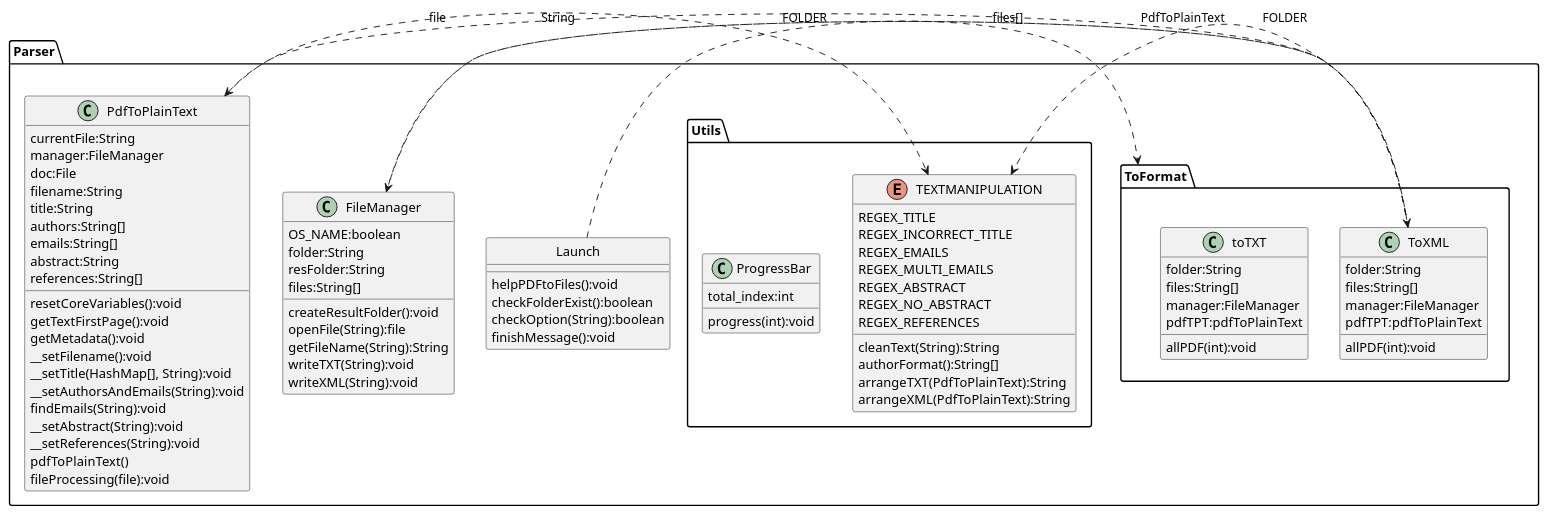
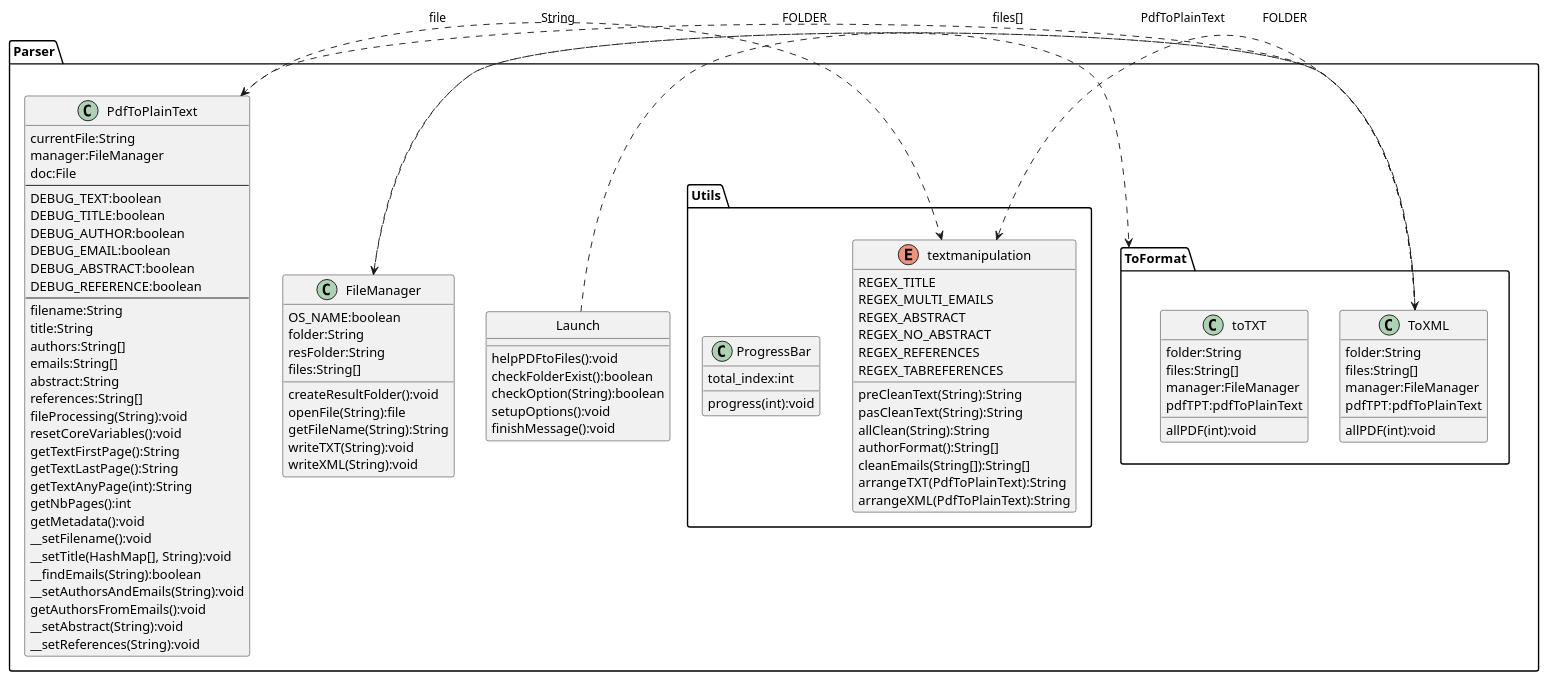
One commit to guilhemmazoyer/Parseur_lbgl changed the diagram in docs/Sprint3_parser.puml. Above: the diagram before and after it, drawn with PlantUML. The commit also changed 2 other files, not shown here.

Commit message:
update de l'uml

```diff
--- a/docs/Sprint3_parser.puml
+++ b/docs/Sprint3_parser.puml
@@ -1,95 +1,109 @@
 @startuml Parser
 
 package Parser {
 	class Launch {
 		helpPDFtoFiles():void
 		checkFolderExist():boolean
 		checkOption(String):boolean
+		setupOptions():void
 		finishMessage():void
 	}
 
 	class PdfToPlainText {
 		currentFile:String
 		manager:FileManager
 		doc:File
+		---
+		DEBUG_TEXT:boolean
+		DEBUG_TITLE:boolean
+		DEBUG_AUTHOR:boolean
+		DEBUG_EMAIL:boolean
+		DEBUG_ABSTRACT:boolean
+		DEBUG_REFERENCE:boolean
+		---
 		filename:String
 		title:String
 		authors:String[]
 		emails:String[]
 		abstract:String
 		references:String[]
+		fileProcessing(String):void
 		resetCoreVariables():void
-		getTextFirstPage():void
+		getTextFirstPage():String
+		getTextLastPage():String
+		getTextAnyPage(int):String
+		getNbPages():int
 		getMetadata():void
 		__setFilename():void
 		__setTitle(HashMap[], String):void
+		__findEmails(String):boolean
 		__setAuthorsAndEmails(String):void
-		findEmails(String):void
+		getAuthorsFromEmails():void
 		__setAbstract(String):void
 		__setReferences(String):void
-		pdfToPlainText()
-		fileProcessing(file):void
 	}
 
 	class FileManager {
 		OS_NAME:boolean
 		folder:String
 		resFolder:String
 		files:String[]
 		createResultFolder():void
 		openFile(String):file
 		getFileName(String):String
 		writeTXT(String):void
 		writeXML(String):void
 	}
 
 	package ToFormat {
 		class toTXT{
 			folder:String
 			files:String[]
 			manager:FileManager
 			pdfTPT:pdfToPlainText
 			allPDF(int):void
 		}
 	
 		class ToXML{
 			folder:String
 			files:String[]
 			manager:FileManager
 			pdfTPT:pdfToPlainText
 			allPDF(int):void
 		}
 	}
 
 	package Utils {
-		enum TEXTMANIPULATION {
+		enum textmanipulation {
 			REGEX_TITLE
-			REGEX_INCORRECT_TITLE
-			REGEX_EMAILS
 			REGEX_MULTI_EMAILS
 			REGEX_ABSTRACT
 			REGEX_NO_ABSTRACT
 			REGEX_REFERENCES
-			cleanText(String):String
+			REGEX_TABREFERENCES
+			preCleanText(String):String
+			pasCleanText(String):String
+			allClean(String):String
 			authorFormat():String[]
+			cleanEmails(String[]):String[]
 			arrangeTXT(PdfToPlainText):String
 			arrangeXML(PdfToPlainText):String
 		}
 
 		class ProgressBar {
 			total_index:int
 			progress(int):void
 		}
 	}
 }
 
 Launch .> ToFormat : FOLDER
 ToXML .> FileManager : FOLDER
 ToXML.> PdfToPlainText : file
-ToXML .> TEXTMANIPULATION : PdfToPlainText
+ToXML .> textmanipulation : PdfToPlainText
 FileManager .> ToXML : files[]
-PdfToPlainText .> TEXTMANIPULATION : String
+PdfToPlainText .> textmanipulation : String
 
 hide Launch circle
 
 @enduml
```
